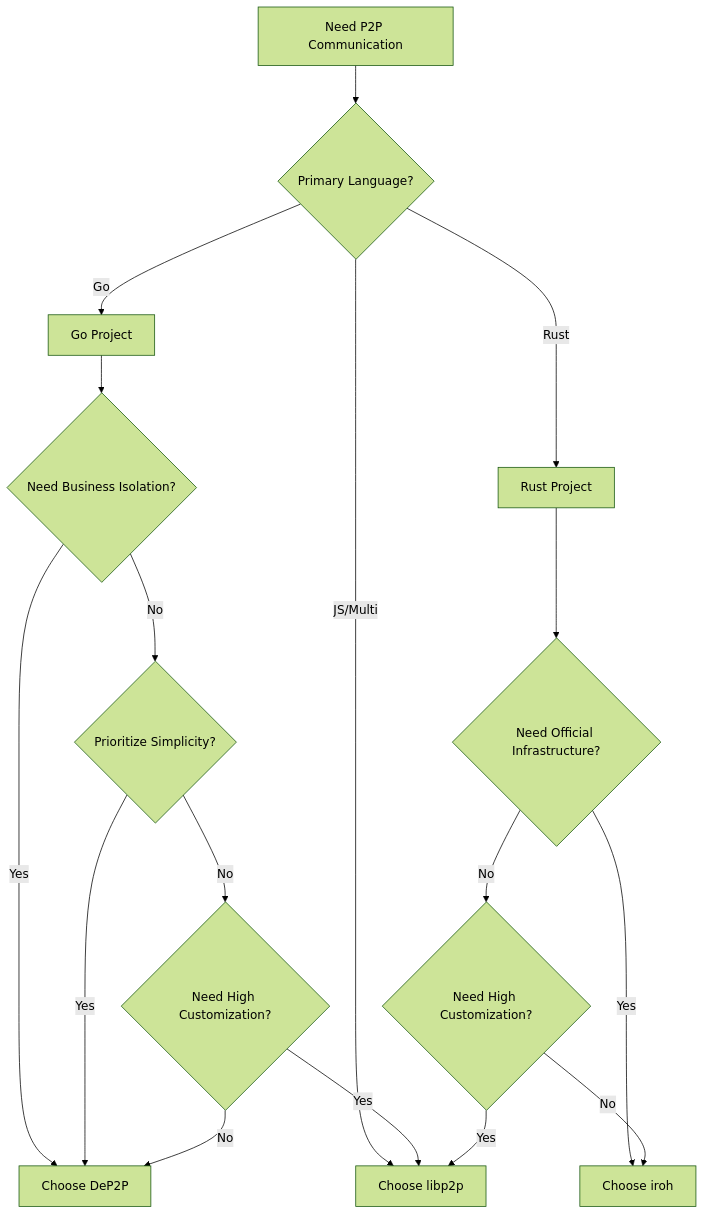
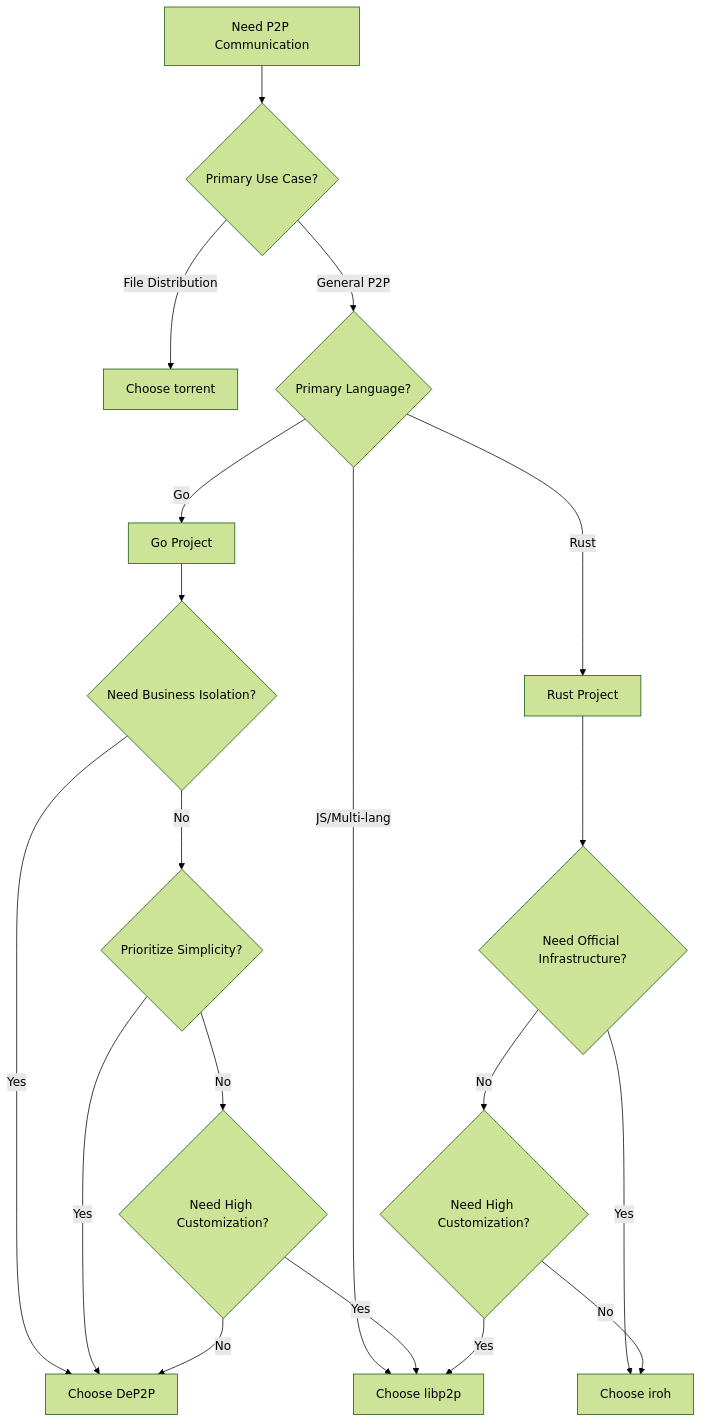
Before and after one commit to dep2p/go-dep2p: the second of 2 diagrams in docs/en/concepts/comparison.md, drawn with Mermaid (forest theme). The commit also changed other lines of this file and 2026 other files, not shown here.

````diff
--- a/docs/en/concepts/comparison.md
+++ b/docs/en/concepts/comparison.md
@@ -238,22 +398,25 @@
 ```mermaid
 flowchart TD
-    Start["Need P2P Communication"] --> Lang{"Primary Language?"}
+    Start["Need P2P Communication"] --> UseCase{"Primary Use Case?"}
+    
+    UseCase -->|File Distribution| torrent["Choose torrent"]
+    UseCase -->|General P2P| Lang{"Primary Language?"}
     
     Lang -->|Go| GoPath["Go Project"]
     Lang -->|Rust| RustPath["Rust Project"]
-    Lang -->|JS/Multi| libp2p["Choose libp2p"]
+    Lang -->|JS/Multi-lang| libp2p["Choose libp2p"]
     
     GoPath --> Isolation{"Need Business Isolation?"}
     Isolation -->|Yes| DeP2P["Choose DeP2P"]
     Isolation -->|No| GoSimple{"Prioritize Simplicity?"}
     GoSimple -->|Yes| DeP2P
     GoSimple -->|No| GoCustom{"Need High Customization?"}
     GoCustom -->|Yes| libp2p
     GoCustom -->|No| DeP2P
     
     RustPath --> RustInfra{"Need Official Infrastructure?"}
     RustInfra -->|Yes| iroh["Choose iroh"]
     RustInfra -->|No| RustCustom{"Need High Customization?"}
     RustCustom -->|Yes| libp2p
     RustCustom -->|No| iroh
 ```
````
